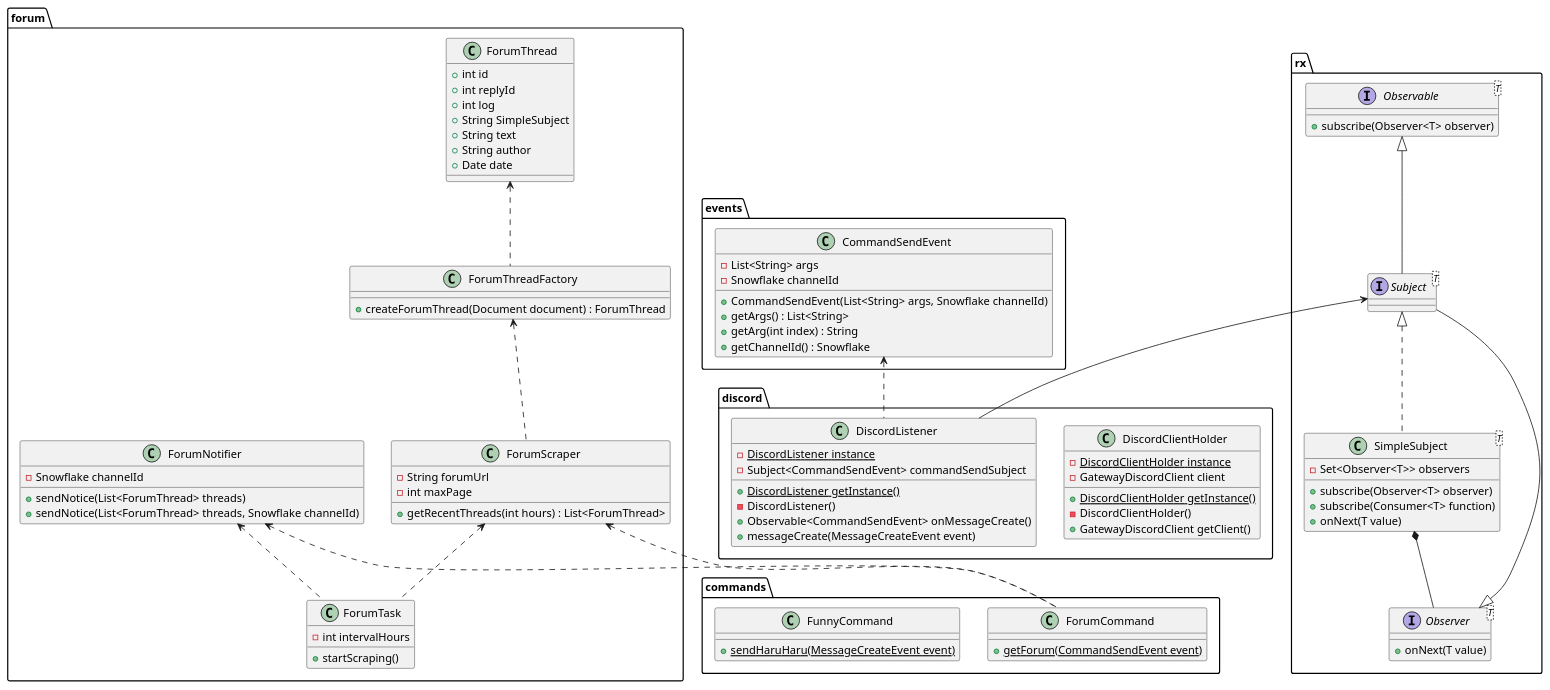
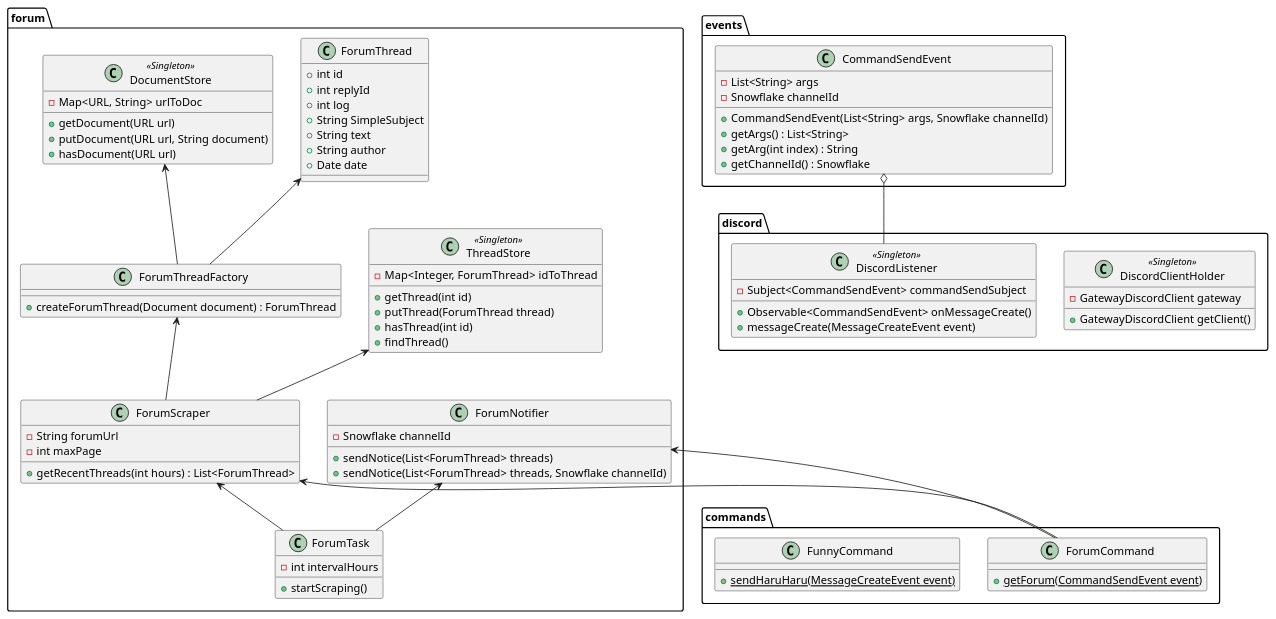
One commit to Harineko0/MathClubBot3 changed the diagram in MathClubBot3.pu. Above: the diagram before and after it, drawn with PlantUML.

Commit message:
[Modify] クラス図を更新。

```diff
--- a/MathClubBot3.pu
+++ b/MathClubBot3.pu
@@ -1,106 +1,94 @@
 @startuml MathClubBot3
 namespace commands {
     class ForumCommand {
         + {static} getForum(CommandSendEvent event)
     }
 
     class FunnyCommand {
         + {static} sendHaruHaru(MessageCreateEvent event)
     }
 }
 
 namespace discord {
-    class DiscordClientHolder {
-        - {static} DiscordClientHolder instance
-        - GatewayDiscordClient client
-        + {static} DiscordClientHolder getInstance()
-        - DiscordClientHolder()
+    class DiscordClientHolder <<Singleton>> {
+        - GatewayDiscordClient gateway
         + GatewayDiscordClient getClient()
     }
 
-    class DiscordListener {
-        - {static} DiscordListener instance
+    class DiscordListener <<Singleton>> {
         - Subject<CommandSendEvent> commandSendSubject
-        + {static} DiscordListener getInstance()
-        - DiscordListener()
         + Observable<CommandSendEvent> onMessageCreate()
         + messageCreate(MessageCreateEvent event)
     }
 }
 
 namespace events {
     class CommandSendEvent {
         - List<String> args
         - Snowflake channelId
         + CommandSendEvent(List<String> args, Snowflake channelId)
         + getArgs() : List<String>
         + getArg(int index) : String
         + getChannelId() : Snowflake
     }
 }
 
 namespace forum {
     class ForumThread {
         + int id
         + int replyId
         + int log
         + String SimpleSubject
         + String text
         + String author
         + Date date
     }
 
     class ForumThreadFactory {
         + createForumThread(Document document) : ForumThread
     }
 
     class ForumScraper {
         - String forumUrl
         - int maxPage
         + getRecentThreads(int hours) : List<ForumThread>
     }
 
     class ForumNotifier {
         - Snowflake channelId
         + sendNotice(List<ForumThread> threads)
         + sendNotice(List<ForumThread> threads, Snowflake channelId)
     }
 
     class ForumTask {
         - int intervalHours
         + startScraping()
     }
 
-    ForumThread <.. ForumThreadFactory
-    ForumThreadFactory <.. ForumScraper
-    ForumScraper <.. ForumTask
-    ForumNotifier <.. ForumTask
+    class ThreadStore <<Singleton>> {
+        - Map<Integer, ForumThread> idToThread
+        + getThread(int id)
+        + putThread(ForumThread thread)
+        + hasThread(int id)
+        + findThread()
+    }
+
+    class DocumentStore <<Singleton>> {
+        - Map<URL, String> urlToDoc
+        + getDocument(URL url)
+        + putDocument(URL url, String document)
+        + hasDocument(URL url)
+    }
+
+    ForumThread <-- ForumThreadFactory
+    ForumThreadFactory <-- ForumScraper
+    ForumScraper <-- ForumTask
+    ForumNotifier <-- ForumTask
+    ThreadStore <-- ForumScraper
+    DocumentStore <-- ForumThreadFactory
 }
 
-namespace rx {
-    interface Subject<T> extends Observer, Observable {
-    }
-
-    interface Observable<T> {
-        + subscribe(Observer<T> observer)
-    }
-
-    interface Observer<T> {
-        + onNext(T value)
-    }
-
-    class SimpleSubject<T> implements Subject {
-        - Set<Observer<T>> observers
-        + subscribe(Observer<T> observer)
-        + subscribe(Consumer<T> function)
-        + onNext(T value)
-    }
-
-    SimpleSubject *-- Observer
-}
-
-events.CommandSendEvent <.. discord.DiscordListener
-forum.ForumScraper <.. commands.ForumCommand
-forum.ForumNotifier <.. commands.ForumCommand
-rx.Subject <-- discord.DiscordListener
+events.CommandSendEvent o-- discord.DiscordListener
+forum.ForumScraper <-- commands.ForumCommand
+forum.ForumNotifier <-- commands.ForumCommand
 @enduml
```
